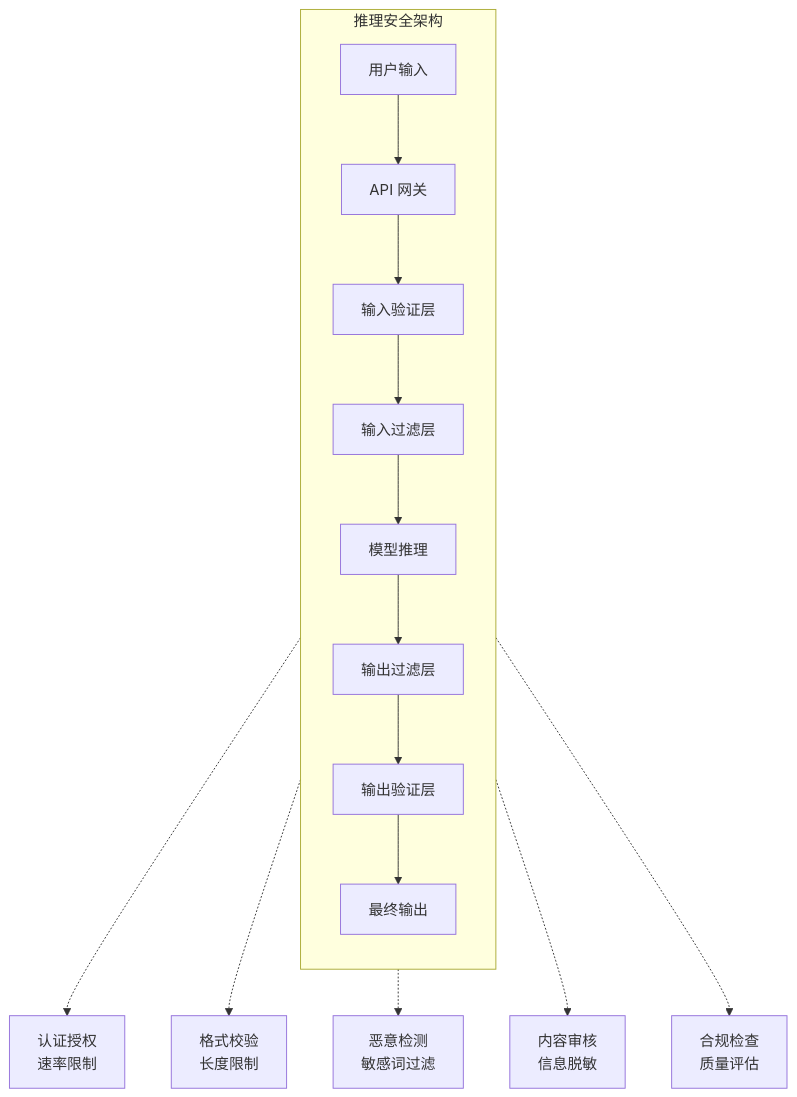
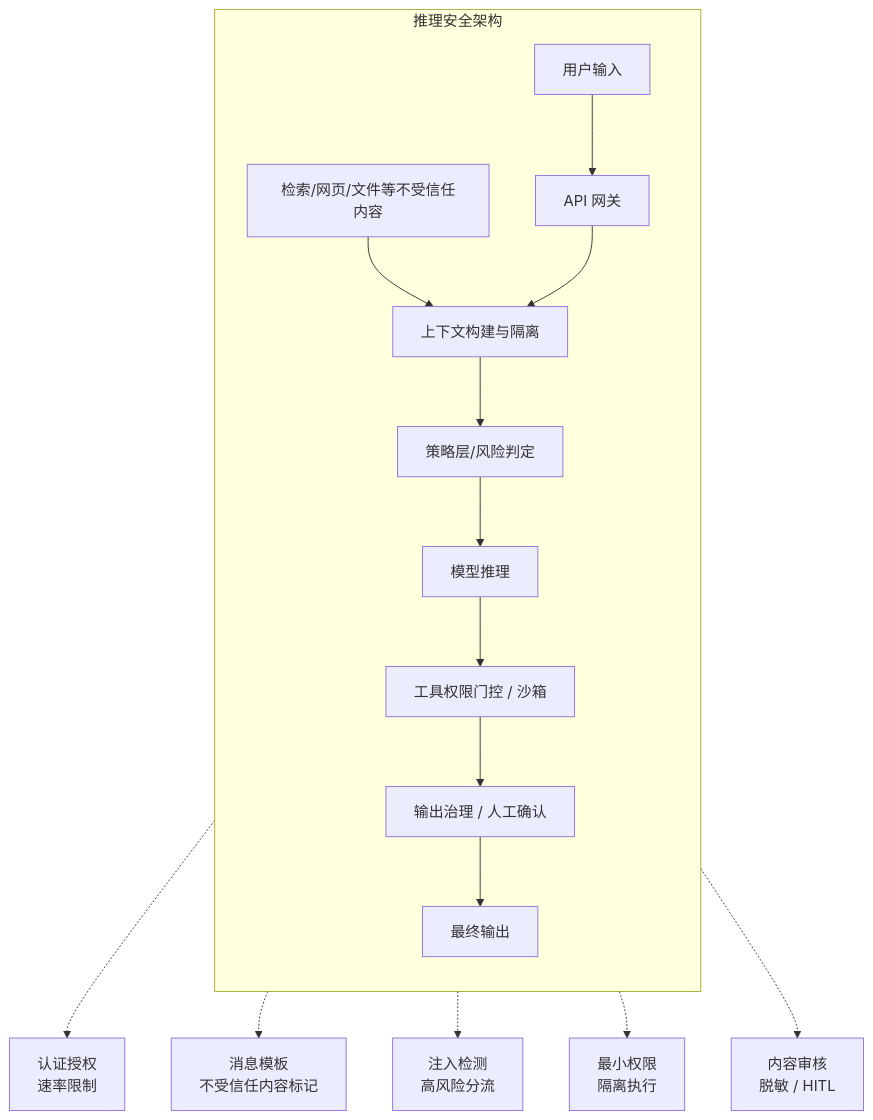
The third of 3 diagrams in 02_fundamentals/2.3_inference_security.md (yeasy/ai_security_guide), drawn with Mermaid before and after one commit. The commit also changed other lines of this file and 25 other files, not shown here.

````diff
--- a/02_fundamentals/2.3_inference_security.md
+++ b/02_fundamentals/2.3_inference_security.md
@@ -204,19 +175,20 @@
 ```mermaid
 flowchart TB
     subgraph security_architecture ["推理安全架构"]
         direction TB
         I["用户输入"] --> G["API 网关"]
-        G --> IV["输入验证层"]
-        IV --> IF["输入过滤层"]
-        IF --> M["模型推理"]
-        M --> OF["输出过滤层"]
-        OF --> OV["输出验证层"]
-        OV --> O["最终输出"]
+        R["检索/网页/文件等不受信任内容"] --> C["上下文构建与隔离"]
+        G --> C
+        C --> P["策略层/风险判定"]
+        P --> M["模型推理"]
+        M --> T["工具权限门控 / 沙箱"]
+        T --> O["输出治理 / 人工确认"]
+        O --> F["最终输出"]
     end
 
     G -.-> G1["认证授权<br/>速率限制"]
-    IV -.-> IV1["格式校验<br/>长度限制"]
-    IF -.-> IF1["恶意检测<br/>敏感词过滤"]
-    OF -.-> OF1["内容审核<br/>信息脱敏"]
-    OV -.-> OV1["合规检查<br/>质量评估"]
+    C -.-> C1["消息模板<br/>不受信任内容标记"]
+    P -.-> P1["注入检测<br/>高风险分流"]
+    T -.-> T1["最小权限<br/>隔离执行"]
+    O -.-> O1["内容审核<br/>脱敏 / HITL"]
 ```
````
